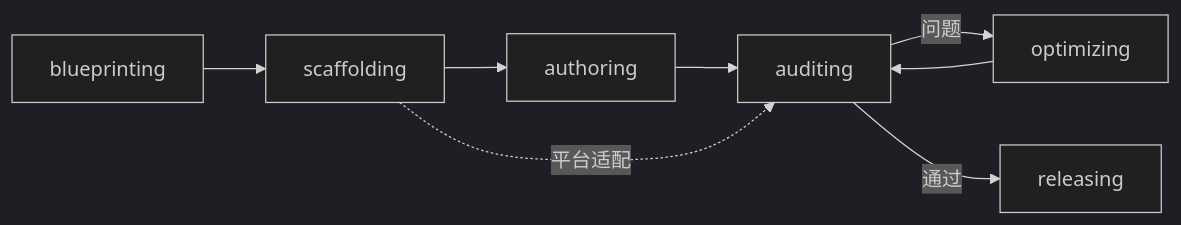
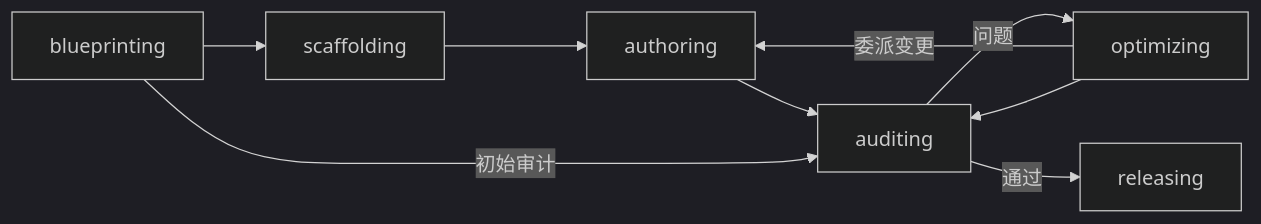
One commit to OdradekAI/skill-engineering-guide changed the second of 3 diagrams in README.zh.md. Above: the diagram before and after it, drawn with Mermaid (dark theme). The commit also changed other lines of this file and 1 other file, not shown here.

````diff
--- a/README.zh.md
+++ b/README.zh.md
@@ -77,10 +77,11 @@
 ```mermaid
 flowchart LR
     Design["blueprinting"] --> Scaffold["scaffolding"]
     Scaffold --> Write["authoring"]
     Write --> Audit["auditing"]
+    Design -->|"初始审计"| Audit
     Audit -->|问题| Optimize["optimizing"]
+    Optimize -->|"委派变更"| Write
     Optimize --> Audit
     Audit -->|通过| Release["releasing"]
-    Scaffold -.->|"平台适配"| Audit
 ```
````
